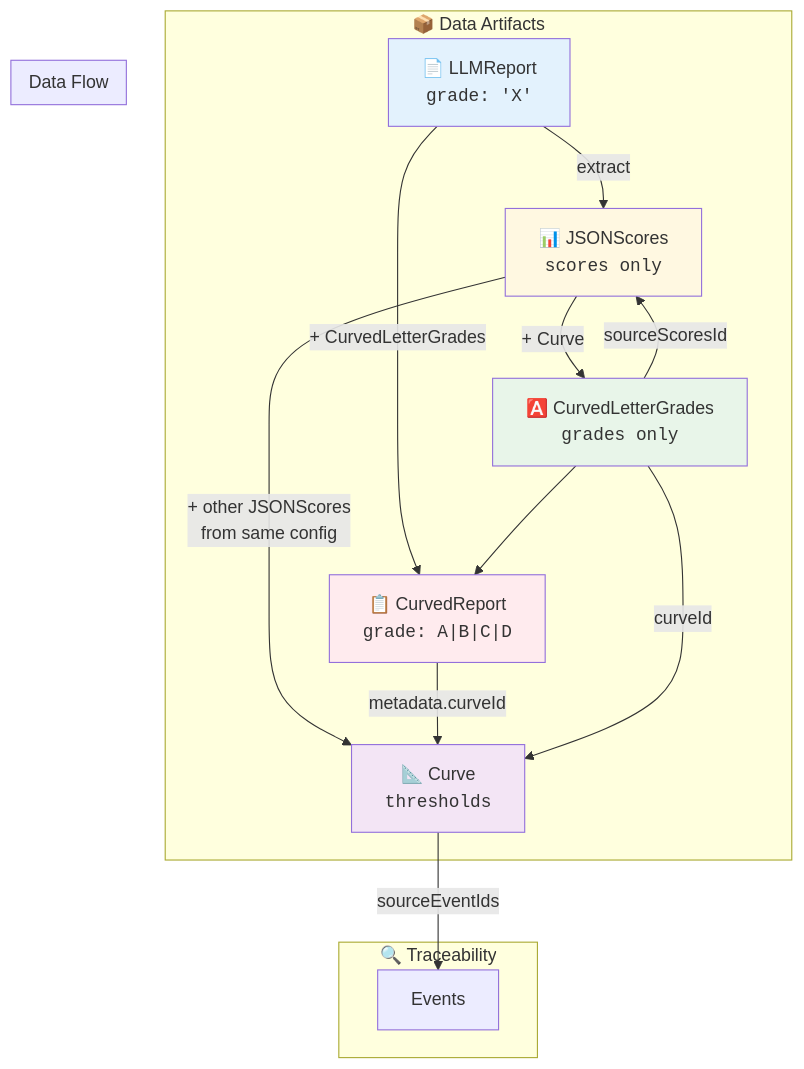
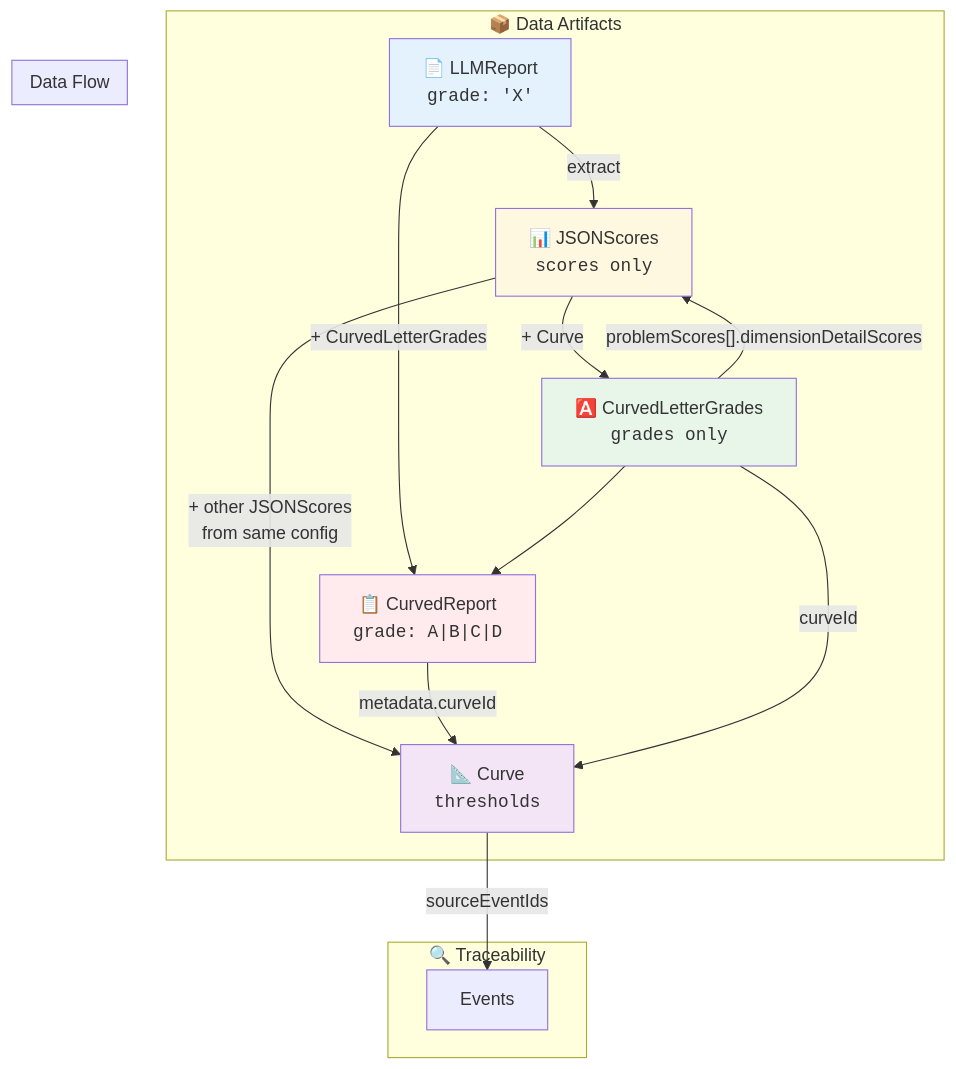
Diagram 14 of 15 in score-post-llm-pipeline/schema-v1/pipeline-flow.md (paideia-ai/tech-doc-axiia), drawn with Mermaid before and after one commit. The commit also changed other lines of this file and 3 other files, not shown here.

Commit message:
schema-v1: align JSONScores and grade provenance

````diff
--- a/score-post-llm-pipeline/schema-v1/pipeline-flow.md
+++ b/score-post-llm-pipeline/schema-v1/pipeline-flow.md
@@ -815,31 +851,31 @@
 ```mermaid
 flowchart TB
     subgraph Artifacts["📦 Data Artifacts"]
         A1["📄 LLMReport<br/><code>grade: 'X'</code>"]
         A2["📊 JSONScores<br/><code>scores only</code>"]
         A3["📐 Curve<br/><code>thresholds</code>"]
         A4["🅰️ CurvedLetterGrades<br/><code>grades only</code>"]
         A5["📋 CurvedReport<br/><code>grade: A|B|C|D</code>"]
     end
 
     subgraph Flow["Data Flow"]
         A1 --> |"extract"| A2
         A2 --> |"+ other JSONScores<br/>from same config"| A3
         A2 --> |"+ Curve"| A4
         A1 --> |"+ CurvedLetterGrades"| A5
         A4 --> A5
     end
 
     subgraph Traceability["🔍 Traceability"]
         A5 --> |"metadata.curveId"| A3
         A4 --> |"curveId"| A3
-        A4 --> |"sourceScoresId"| A2
+        A4 --> |"problemScores[].dimensionDetailScores"| A2
         A3 --> |"sourceEventIds"| Events["Events"]
     end
 
     style A1 fill:#e3f2fd
     style A2 fill:#fff8e1
     style A3 fill:#f3e5f5
     style A4 fill:#e8f5e9
     style A5 fill:#ffebee
 ```
````
